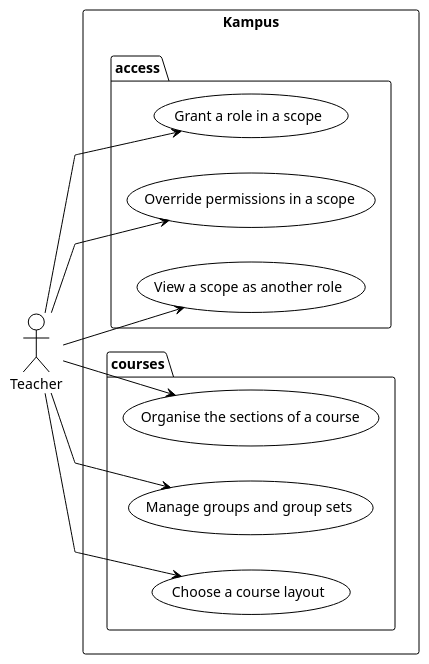
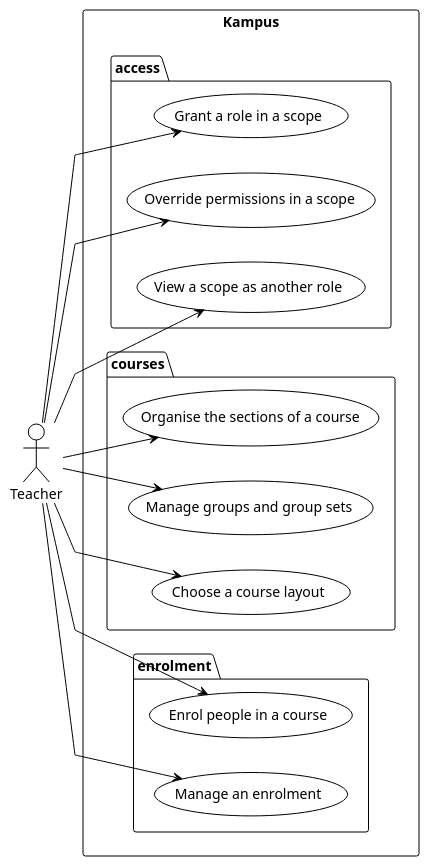
One commit to didactika/kampus changed the diagram in docs/01-requirements/use-cases-teacher.puml. Above: the diagram before and after it, drawn with PlantUML. The commit also changed 86 other files, not shown here.

```diff
--- a/docs/01-requirements/use-cases-teacher.puml
+++ b/docs/01-requirements/use-cases-teacher.puml
@@ -1,28 +1,34 @@
 @startuml
 !theme plain
 skinparam linetype polyline
 left to right direction
 
 actor "Teacher" as A_Teacher
 
 rectangle "Kampus" {
   package "access" {
     usecase "Grant a role in a scope" as UC_grantRole
     usecase "Override permissions in a scope" as UC_overridePermission
     usecase "View a scope as another role" as UC_viewAsRole
   }
   package "courses" {
     usecase "Organise the sections of a course" as UC_organiseSections
     usecase "Manage groups and group sets" as UC_manageGroups
     usecase "Choose a course layout" as UC_chooseCourseLayout
   }
+  package "enrolment" {
+    usecase "Enrol people in a course" as UC_enrolPeople
+    usecase "Manage an enrolment" as UC_manageEnrolment
+  }
 }
 
 A_Teacher --> UC_grantRole
 A_Teacher --> UC_overridePermission
 A_Teacher --> UC_viewAsRole
 A_Teacher --> UC_organiseSections
 A_Teacher --> UC_manageGroups
 A_Teacher --> UC_chooseCourseLayout
+A_Teacher --> UC_enrolPeople
+A_Teacher --> UC_manageEnrolment
 
 @enduml
```
